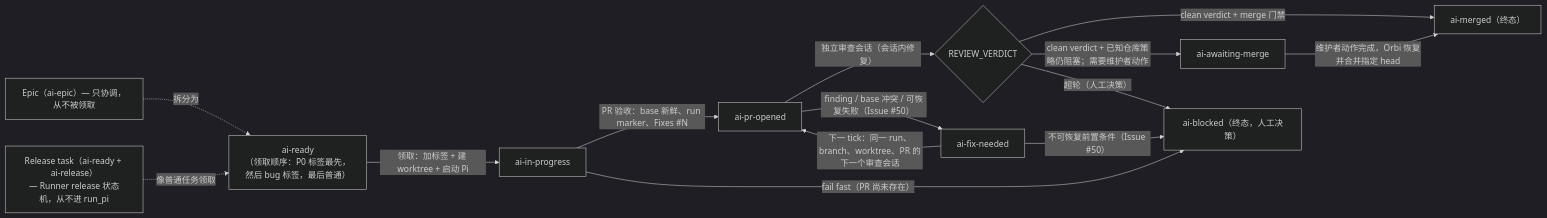
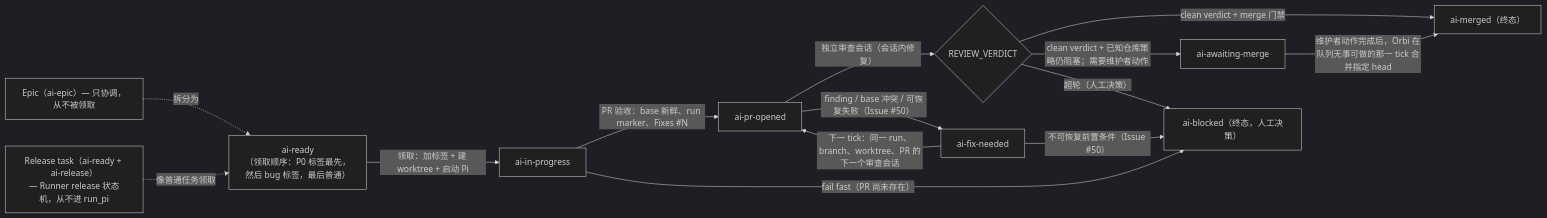
One commit to orbi-build/orbi changed the diagram in docs/zh/workflow.mdx. Above: the diagram before and after it, drawn with Mermaid (dark theme). The commit also changed other lines of this file and 12 other files, not shown here.

First line of the commit message:
Defer ai-awaiting-merge behind the tick's review, resume and claim scans

````diff
--- a/docs/zh/workflow.mdx
+++ b/docs/zh/workflow.mdx
@@ -28,19 +28,19 @@
 ```mermaid
 flowchart LR
   epic["Epic（ai-epic）— 只协调，从不被领取"]
   epic -.拆分为.-> ready
   release["Release task（ai-ready + ai-release）<br/>— Runner release 状态机，从不进 run_pi"]
   release -.像普通任务领取.-> ready
   ready["ai-ready<br/>（领取顺序：P0 标签最先，然后 bug 标签，最后普通）"]
   ready -->|领取：加标签 + 建 worktree + 启动 Pi| progress["ai-in-progress"]
   progress -->|PR 验收：base 新鲜、run marker、Fixes #N| opened["ai-pr-opened"]
   opened -->|独立审查会话（会话内修复）| verdict{"REVIEW_VERDICT"}
   verdict -->|clean verdict + merge 门禁| merged["ai-merged（终态）"]
   verdict -->|clean verdict + 已知仓库策略仍阻塞；需要维护者动作| awaiting["ai-awaiting-merge"]
-  awaiting -->|维护者动作完成，Orbi 恢复并合并指定 head| merged
+  awaiting -->|维护者动作完成后，Orbi 在队列无事可做的那一 tick 合并指定 head| merged
   verdict -->|超轮（人工决策）| blocked["ai-blocked（终态，人工决策）"]
   opened -->|finding / base 冲突 / 可恢复失败（Issue #50）| fixneeded["ai-fix-needed"]
   fixneeded -->|下一 tick：同一 run、branch、worktree、PR 的下一个审查会话| opened
   fixneeded -->|不可恢复前置条件（Issue #50）| blocked
   progress -->|fail fast（PR 尚未存在）| blocked
 ```
````
